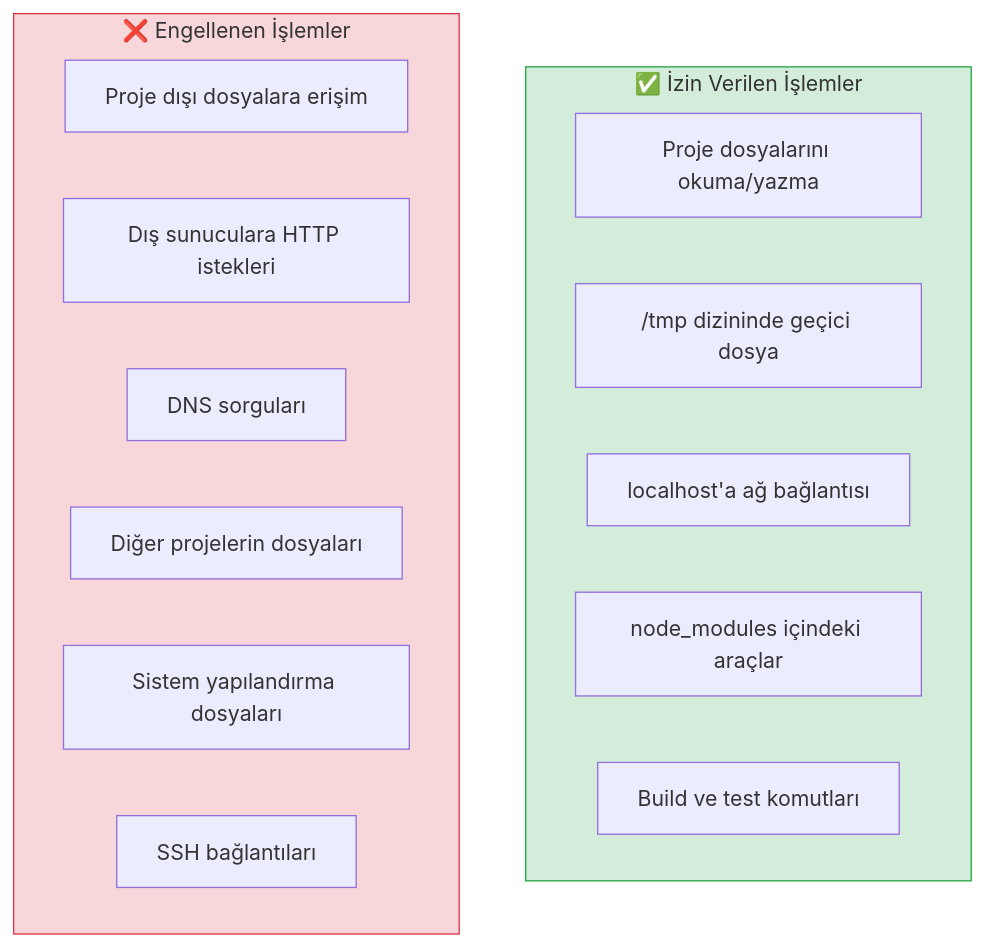
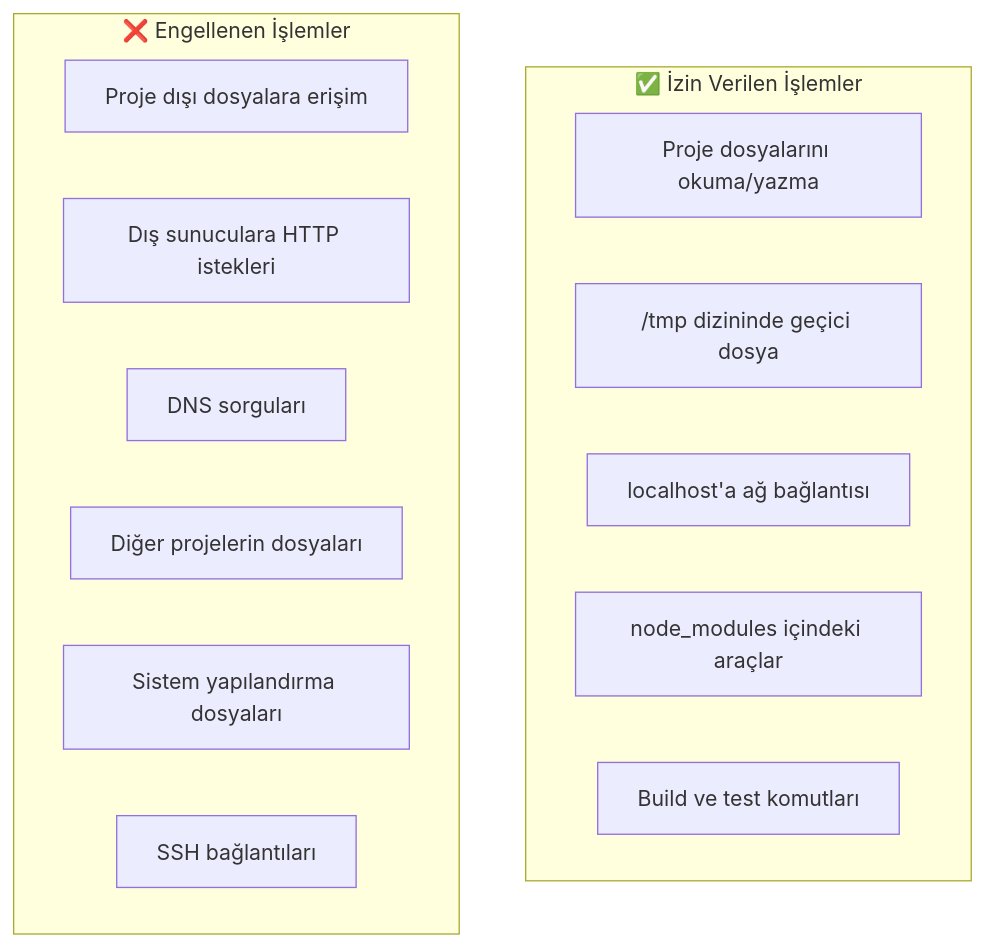
Before and after one commit to IzzetYasinAtes/ClaudeCodeHandbook: the fourth of 5 diagrams in 10-izinler-ve-guvenlik/04-sandboxing.md, drawn with Mermaid. The commit also changed other lines of this file and 97 other files, not shown here.

Commit message:
Remove all custom Mermaid style/fill colors from 98 markdown files for consistent dark theme rendering

````diff
--- a/10-izinler-ve-guvenlik/04-sandboxing.md
+++ b/10-izinler-ve-guvenlik/04-sandboxing.md
@@ -147,22 +142,20 @@
 ```mermaid
 flowchart TD
     subgraph izinli ["✅ İzin Verilen İşlemler"]
         I1["Proje dosyalarını okuma/yazma"]
         I2["/tmp dizininde geçici dosya"]
         I3["localhost'a ağ bağlantısı"]
         I4["node_modules içindeki araçlar"]
         I5["Build ve test komutları"]
     end
 
     subgraph engelli ["❌ Engellenen İşlemler"]
         E1["Proje dışı dosyalara erişim"]
         E2["Dış sunuculara HTTP istekleri"]
         E3["DNS sorguları"]
         E4["Diğer projelerin dosyaları"]
         E5["Sistem yapılandırma dosyaları"]
         E6["SSH bağlantıları"]
     end
 
-    style izinli fill:#d4edda,stroke:#28a745
-    style engelli fill:#f8d7da,stroke:#dc3545
 ```
````
